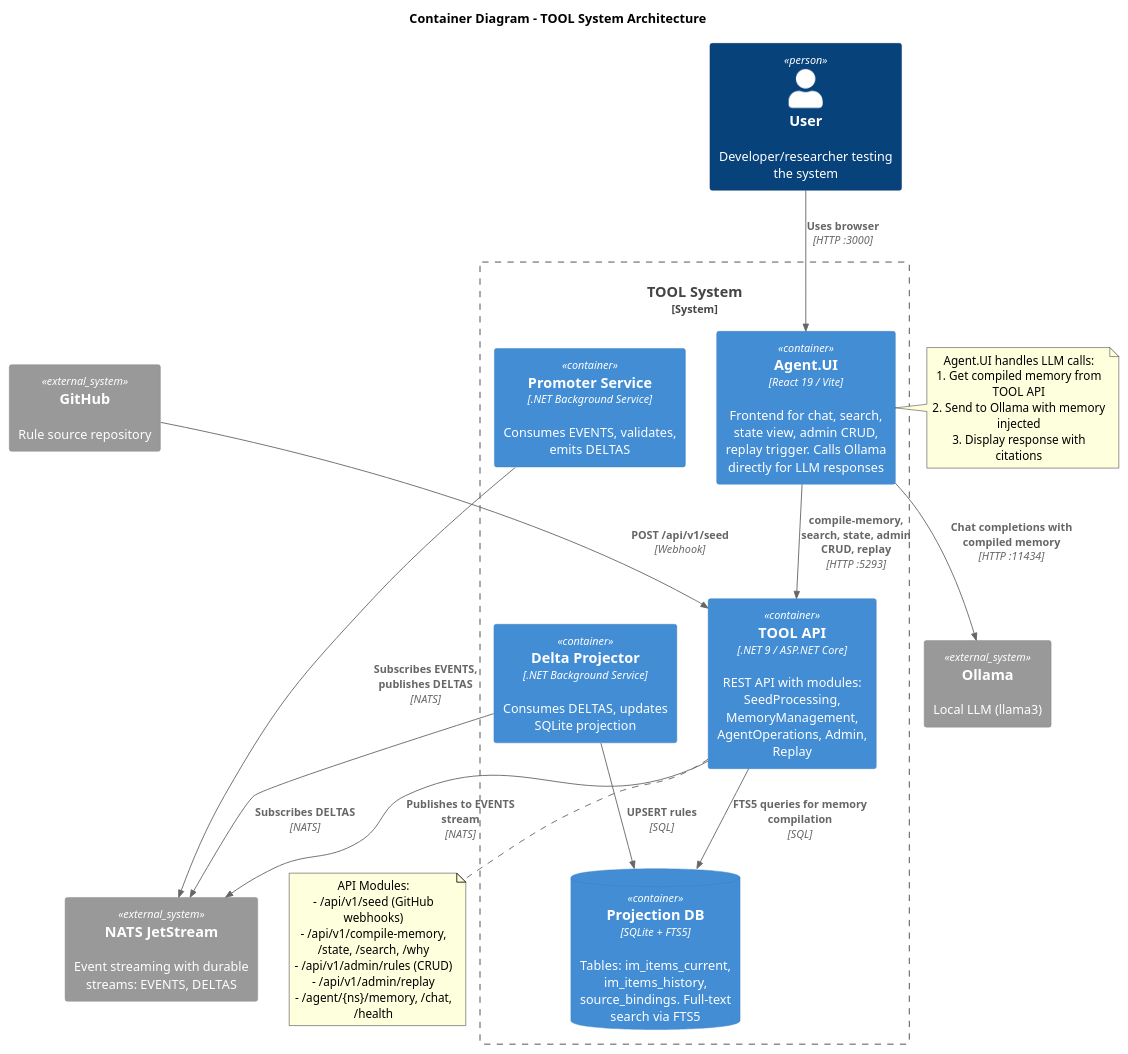
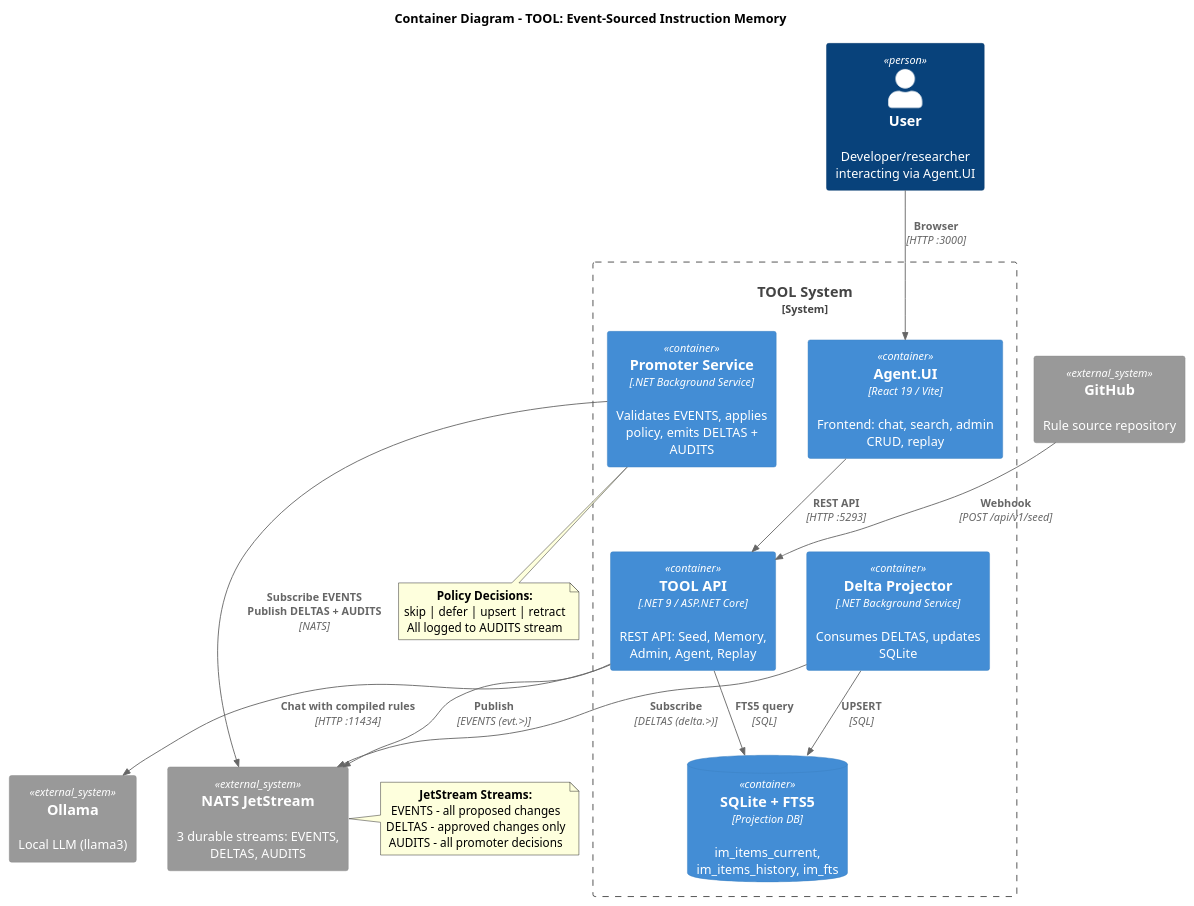
The diagram in diagrams/c4_2_container.puml (ravvnen/TOOL), drawn with PlantUML before and after one commit. The commit also changed 1 other file, not shown here.

Commit message:
Add proper C4 Container and full sequence diagrams
- c4_2_container.puml: Uses !include, shows 3 streams (EVENTS, DELTAS, AUDITS)
- sequence_full.puml: Complete flow showing rule ingestion, policy decisions,
  AUDIT logging, projection update, chat flow, and replay verification
- Fixed: API calls Ollama (not frontend)
- Added: AUDITS stream for all promoter decisions

```diff
--- a/diagrams/c4_2_container.puml
+++ b/diagrams/c4_2_container.puml
@@ -1,57 +1,45 @@
 @startuml C4_Container
 !include https://raw.githubusercontent.com/plantuml-stdlib/C4-PlantUML/master/C4_Container.puml
 
-title Container Diagram - TOOL System Architecture
+title Container Diagram - TOOL: Event-Sourced Instruction Memory
 
-Person(user, "User", "Developer/researcher testing the system")
+Person(user, "User", "Developer/researcher interacting via Agent.UI")
 
 System_Boundary(tool, "TOOL System") {
-    Container(agentui, "Agent.UI", "React 19 / Vite", "Frontend for chat, search, state view, admin CRUD, replay trigger. Calls Ollama directly for LLM responses")
-
-    Container(api, "TOOL API", ".NET 9 / ASP.NET Core", "REST API with modules: SeedProcessing, MemoryManagement, AgentOperations, Admin, Replay")
-
-    Container(promoter, "Promoter Service", ".NET Background Service", "Consumes EVENTS, validates, emits DELTAS")
-
-    Container(projector, "Delta Projector", ".NET Background Service", "Consumes DELTAS, updates SQLite projection")
-
-    ContainerDb(sqlite, "Projection DB", "SQLite + FTS5", "Tables: im_items_current, im_items_history, source_bindings. Full-text search via FTS5")
+    Container(ui, "Agent.UI", "React 19 / Vite", "Frontend: chat, search, admin CRUD, replay")
+    Container(api, "TOOL API", ".NET 9 / ASP.NET Core", "REST API: Seed, Memory, Admin, Agent, Replay")
+    Container(promoter, "Promoter Service", ".NET Background Service", "Validates EVENTS, applies policy, emits DELTAS + AUDITS")
+    Container(projector, "Delta Projector", ".NET Background Service", "Consumes DELTAS, updates SQLite")
+    ContainerDb(sqlite, "SQLite + FTS5", "Projection DB", "im_items_current, im_items_history, im_fts")
 }
 
-System_Ext(nats, "NATS JetStream", "Event streaming with durable streams: EVENTS, DELTAS")
+System_Ext(nats, "NATS JetStream", "3 durable streams: EVENTS, DELTAS, AUDITS")
 System_Ext(github, "GitHub", "Rule source repository")
 System_Ext(ollama, "Ollama", "Local LLM (llama3)")
 
-' User interactions
-Rel(user, agentui, "Uses browser", "HTTP :3000")
+Rel(user, ui, "Browser", "HTTP :3000")
+Rel(ui, api, "REST API", "HTTP :5293")
+Rel(api, ollama, "Chat with compiled rules", "HTTP :11434")
 
-' Agent.UI interactions
-Rel(agentui, api, "compile-memory, search, state, admin CRUD, replay", "HTTP :5293")
-Rel(agentui, ollama, "Chat completions with compiled memory", "HTTP :11434")
+Rel(github, api, "Webhook", "POST /api/v1/seed")
 
-' GitHub webhook
-Rel(github, api, "POST /api/v1/seed", "Webhook")
+Rel(api, nats, "Publish", "EVENTS (evt.>)")
+Rel(promoter, nats, "Subscribe EVENTS\nPublish DELTAS + AUDITS", "NATS")
+Rel(projector, nats, "Subscribe", "DELTAS (delta.>)")
+Rel(projector, sqlite, "UPSERT", "SQL")
+Rel(api, sqlite, "FTS5 query", "SQL")
 
-' Internal TOOL flows
-Rel(api, nats, "Publishes to EVENTS stream", "NATS")
-Rel(promoter, nats, "Subscribes EVENTS, publishes DELTAS", "NATS")
-Rel(projector, nats, "Subscribes DELTAS", "NATS")
-Rel(projector, sqlite, "UPSERT rules", "SQL")
-Rel(api, sqlite, "FTS5 queries for memory compilation", "SQL")
-
-note right of agentui
-  Agent.UI handles LLM calls:
-  1. Get compiled memory from TOOL API
-  2. Send to Ollama with memory injected
-  3. Display response with citations
+note right of nats
+  **JetStream Streams:**
+  EVENTS - all proposed changes
+  DELTAS - approved changes only
+  AUDITS - all promoter decisions
 end note
 
-note bottom of api
-  API Modules:
-  - /api/v1/seed (GitHub webhooks)
-  - /api/v1/compile-memory, /state, /search, /why
-  - /api/v1/admin/rules (CRUD)
-  - /api/v1/admin/replay
-  - /agent/{ns}/memory, /chat, /health
+note bottom of promoter
+  **Policy Decisions:**
+  skip | defer | upsert | retract
+  All logged to AUDITS stream
 end note
 
 @enduml
```
